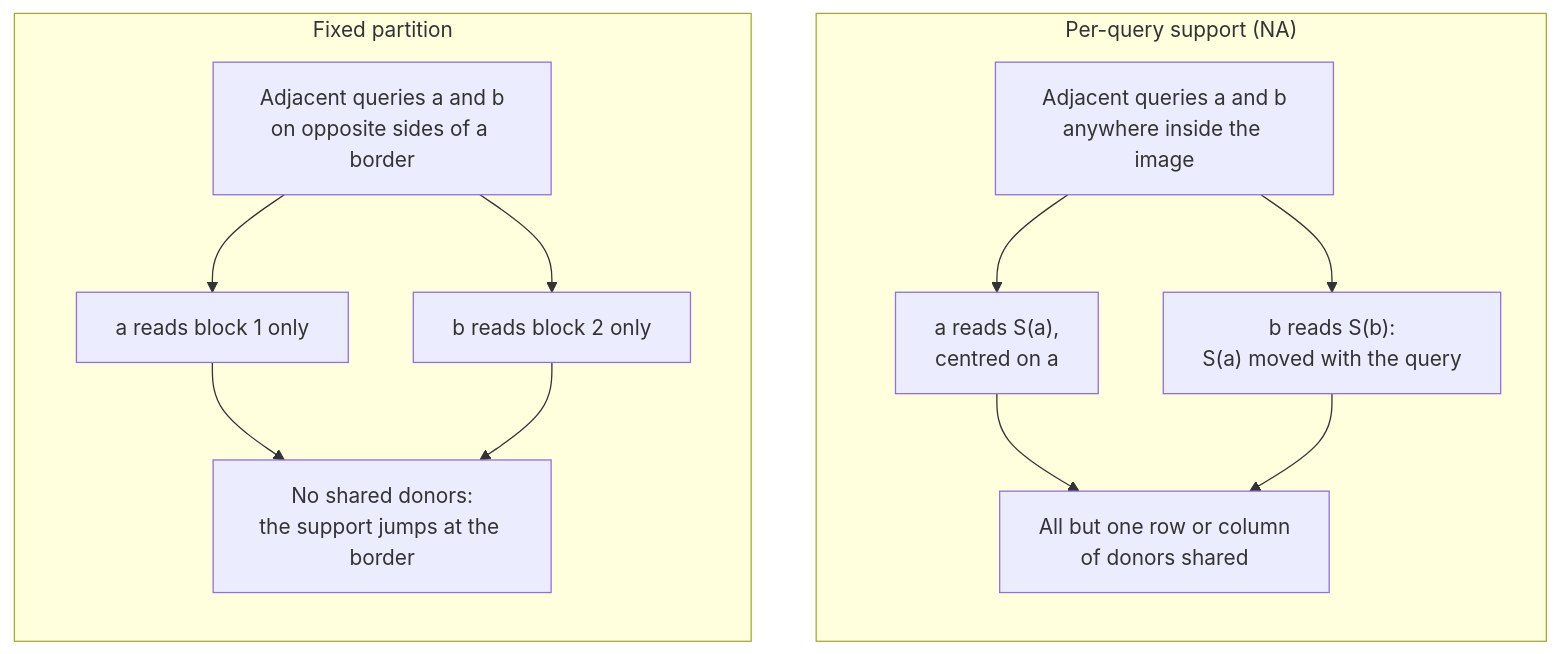
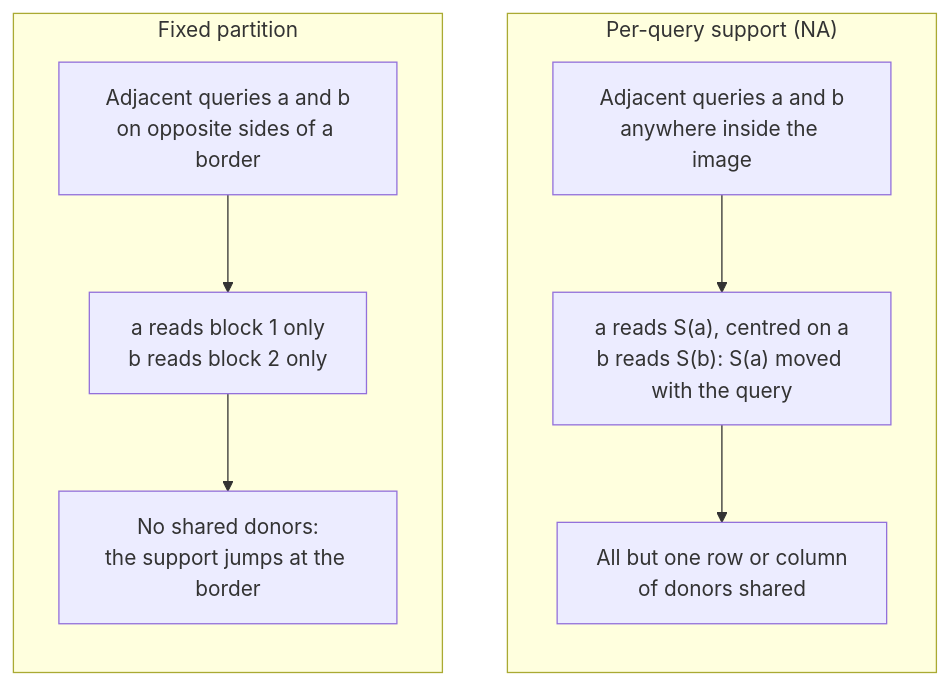
One commit to Rift73/DUAL changed the fourth of 6 diagrams in README.md. Above: the diagram before and after it, drawn with Mermaid.

Commit message:
Draw the partition figure as single columns

````diff
--- a/README.md
+++ b/README.md
@@ -143,19 +143,13 @@
 ```mermaid
 flowchart TB
   subgraph PERQUERY["Per-query support (NA)"]
     direction TB
-    PQ["Adjacent queries a and b<br/>anywhere inside the image"]
-    PQ --> PSA["a reads S(a),<br/>centred on a"]
-    PQ --> PSB["b reads S(b):<br/>S(a) moved with the query"]
-    PSA --> PR["All but one row or column<br/>of donors shared"]
-    PSB --> PR
+    PQ["Adjacent queries a and b<br/>anywhere inside the image"] --> PS["a reads S(a), centred on a<br/>b reads S(b): S(a) moved with the query"]
+    PS --> PR["All but one row or column<br/>of donors shared"]
   end
   subgraph FIXED["Fixed partition"]
     direction TB
-    FQ["Adjacent queries a and b<br/>on opposite sides of a border"]
-    FQ --> FSA["a reads block 1 only"]
-    FQ --> FSB["b reads block 2 only"]
-    FSA --> FR["No shared donors:<br/>the support jumps at the border"]
-    FSB --> FR
+    FQ["Adjacent queries a and b<br/>on opposite sides of a border"] --> FS["a reads block 1 only<br/>b reads block 2 only"]
+    FS --> FR["No shared donors:<br/>the support jumps at the border"]
   end
 ```
````
